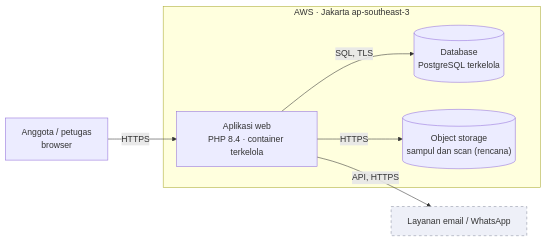
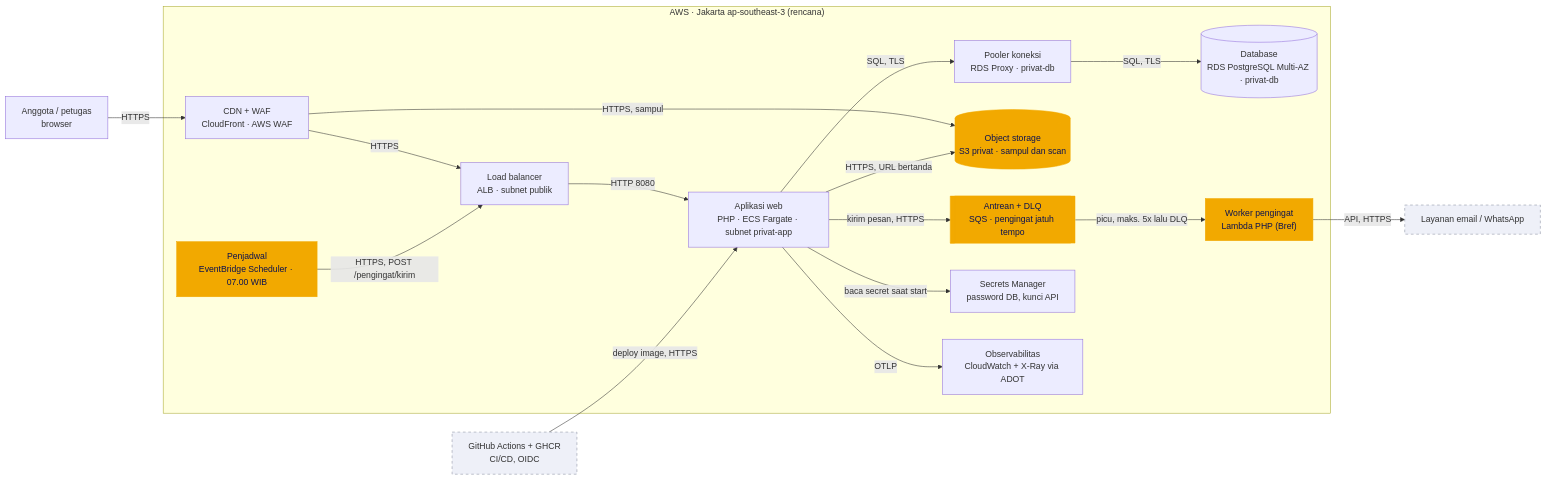
The second of 2 diagrams in docs/arsitektur.md (hannyprastya/tb-kel0), drawn with Mermaid before and after one commit. The commit also changed other lines of this file and 43 other files, not shown here.

Commit message:
P14: komponen, jaringan, C4 v2, infra/ Terraform per anggota, antrean + DLQ + fungsi Floci, ADR 0006-0007

````diff
--- a/docs/arsitektur.md
+++ b/docs/arsitektur.md
@@ -42,16 +44,37 @@
 ```mermaid
 flowchart LR
   user["Anggota / petugas<br/>browser"]
-  subgraph cloud["AWS&nbsp;·&nbsp;Jakarta&nbsp;ap-southeast-3"]
-    web["Aplikasi web<br/>PHP 8.4 · container terkelola"]
-    db[("Database<br/>PostgreSQL terkelola")]
-    file[("Object storage<br/>sampul dan scan (rencana)")]
+  subgraph cloud["AWS&nbsp;·&nbsp;Jakarta&nbsp;ap-southeast-3&nbsp;(rencana)"]
+    cdn["CDN + WAF<br/>CloudFront · AWS WAF"]
+    lb["Load balancer<br/>ALB · subnet publik"]
+    web["Aplikasi web<br/>PHP · ECS Fargate · subnet privat-app"]
+    px["Pooler koneksi<br/>RDS Proxy · privat-db"]
+    db[("Database<br/>RDS PostgreSQL Multi-AZ · privat-db")]
+    file[("Object storage<br/>S3 privat · sampul dan scan")]
+    sch["Penjadwal<br/>EventBridge Scheduler · 07.00 WIB"]
+    q[["Antrean + DLQ<br/>SQS · pengingat jatuh tempo"]]
+    fn["Worker pengingat<br/>Lambda PHP (Bref)"]
+    sec["Secrets Manager<br/>password DB, kunci API"]
+    obs["Observabilitas<br/>CloudWatch + X-Ray via ADOT"]
   end
   pesan["Layanan email / WhatsApp"]
-  user -- "HTTPS" --> web
-  web -- "SQL, TLS" --> db
-  web -- "HTTPS" --> file
-  web -- "API, HTTPS" --> pesan
+  gh["GitHub Actions + GHCR<br/>CI/CD, OIDC"]
+  user -- "HTTPS" --> cdn
+  cdn -- "HTTPS" --> lb
+  cdn -- "HTTPS, sampul" --> file
+  lb -- "HTTP 8080" --> web
+  web -- "SQL, TLS" --> px
+  px -- "SQL, TLS" --> db
+  web -- "HTTPS, URL bertanda" --> file
+  sch -- "HTTPS, POST /pengingat/kirim" --> lb
+  web -- "kirim pesan, HTTPS" --> q
+  q -- "picu, maks. 5x lalu DLQ" --> fn
+  fn -- "API, HTTPS" --> pesan
+  web -- "baca secret saat start" --> sec
+  web -- "OTLP" --> obs
+  gh -- "deploy image, HTTPS" --> web
+  classDef baru fill:#F2A900,stroke:#F2A900,color:#0B1250
   classDef luar fill:#EEF0F8,stroke:#8A8FA0,stroke-dasharray: 5 5
-  class pesan luar
+  class file,sch,q,fn baru
+  class pesan,gh luar
 ```
````
